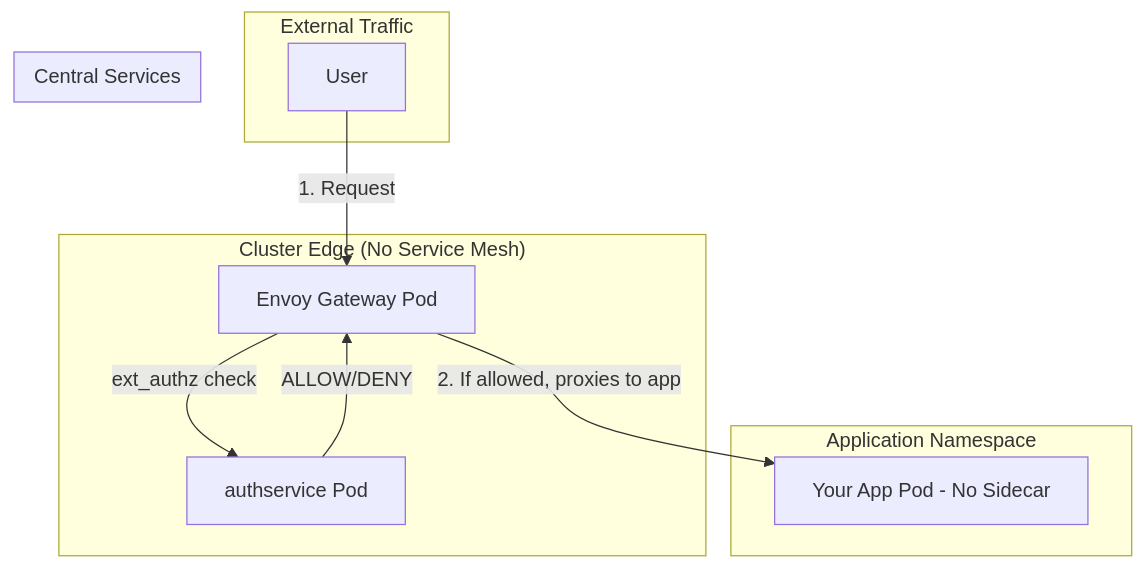
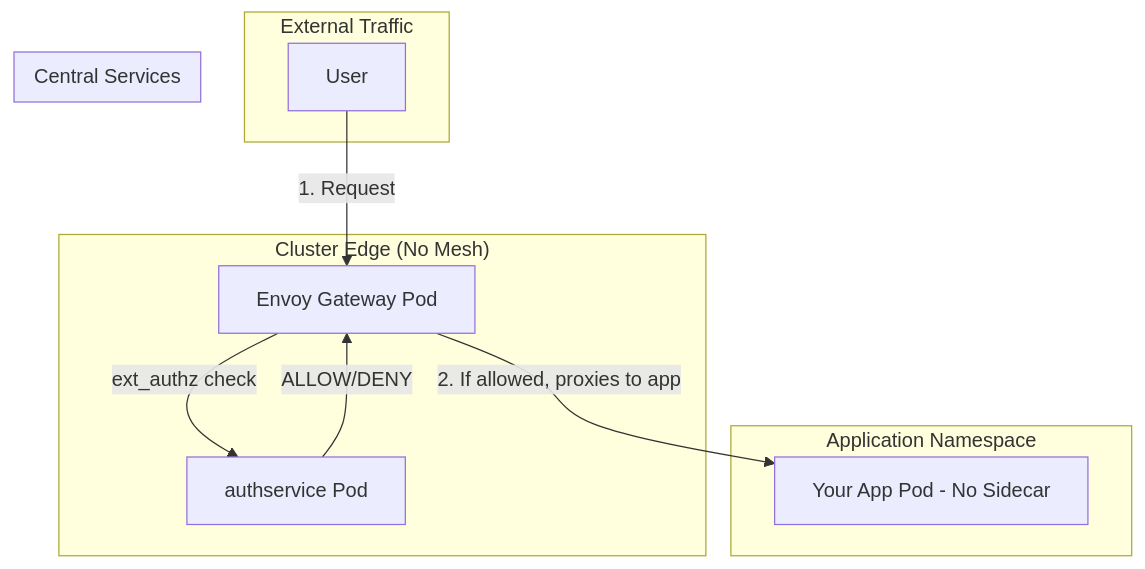
Before and after one commit to jctanner/rhoai-hacking: the third of 4 diagrams in docs/ISTIO_ECOSYSTEM_AUTHSERVICE.md, drawn with Mermaid.

````diff
--- a/docs/ISTIO_ECOSYSTEM_AUTHSERVICE.md
+++ b/docs/ISTIO_ECOSYSTEM_AUTHSERVICE.md
@@ -138,22 +138,22 @@
 ```mermaid
 graph TD
     subgraph "External Traffic"
         User
     end
 
-    subgraph "Cluster Edge (No Service Mesh)"
+    subgraph "Cluster Edge (No Mesh)"
         Gateway[Envoy Gateway Pod] -- "ext_authz check" --> AuthService
     end
     
     subgraph "Central Services"
         AuthService[authservice Pod]
     end
 
     subgraph "Application Namespace"
         AppPod[Your App Pod - No Sidecar]
     end
 
     User -- "1. Request" --> Gateway
     AuthService -- "ALLOW/DENY" --> Gateway
     Gateway -- "2. If allowed, proxies to app" --> AppPod
 ```
````
